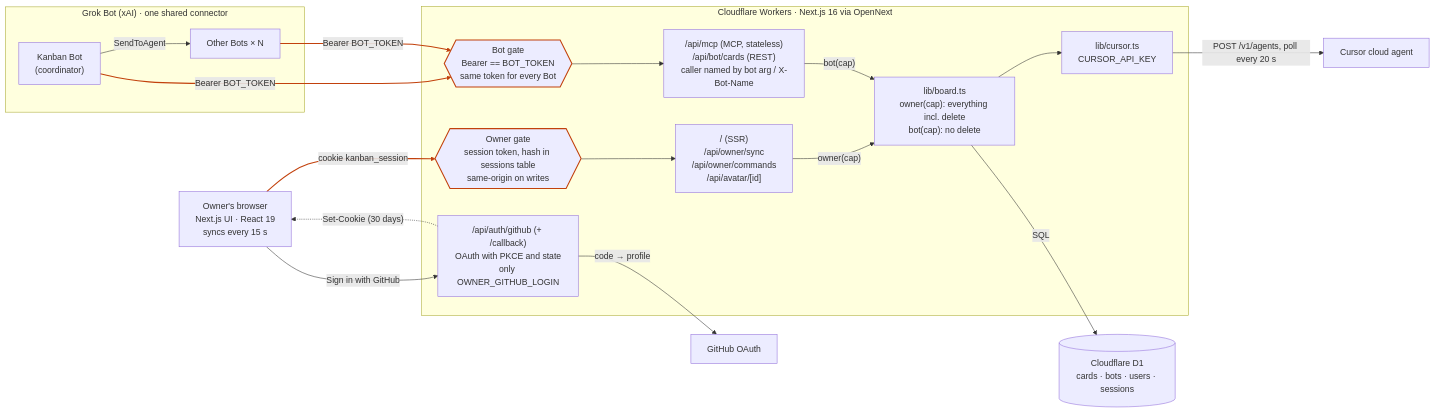
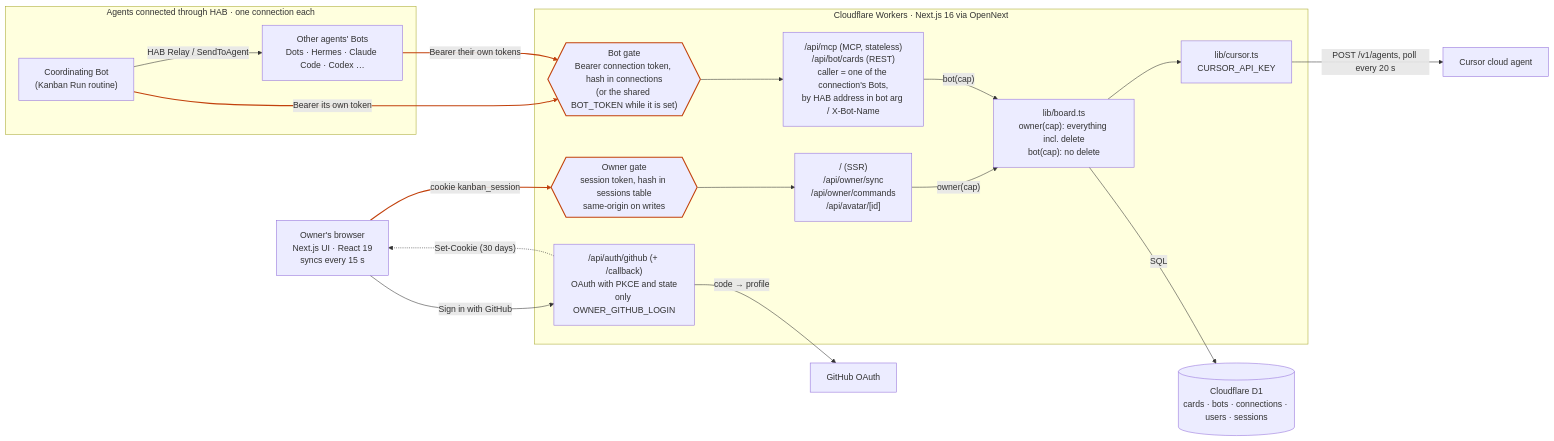
The first of 2 diagrams in docs/architecture.md (s-hiraoku/hab-kanban), drawn with Mermaid before and after one commit. The commit also changed other lines of this file and 7 other files, not shown here.

First line of the commit message:
Manage connections on the board, with setup for each HAB agent

````diff
--- a/docs/architecture.md
+++ b/docs/architecture.md
@@ -7,38 +7,38 @@
 ```mermaid
 flowchart LR
     browser["Owner's browser<br/>Next.js UI · React 19<br/>syncs every 15 s"]
-    subgraph grok["Grok Bot (xAI) · one shared connector"]
-        kanbanBot["Kanban Bot<br/>(coordinator)"]
-        otherBots["Other Bots × N"]
-        kanbanBot -- SendToAgent --> otherBots
+    subgraph agents["Agents connected through HAB · one connection each"]
+        kanbanBot["Coordinating Bot<br/>(Kanban Run routine)"]
+        otherBots["Other agents' Bots<br/>Dots · Hermes · Claude Code · Codex …"]
+        kanbanBot -- "HAB Relay / SendToAgent" --> otherBots
     end
 
     subgraph cf["Cloudflare Workers · Next.js 16 via OpenNext"]
         login["/api/auth/github (+ /callback)<br/>OAuth with PKCE and state<br/>only OWNER_GITHUB_LOGIN"]
         ownerGate{{"Owner gate<br/>session token, hash in sessions table<br/>same-origin on writes"}}
         ownerRoutes["/ (SSR)<br/>/api/owner/sync<br/>/api/owner/commands<br/>/api/avatar/[id]"]
-        botGate{{"Bot gate<br/>Bearer == BOT_TOKEN<br/>same token for every Bot"}}
-        botRoutes["/api/mcp (MCP, stateless)<br/>/api/bot/cards (REST)<br/>caller named by bot arg / X-Bot-Name"]
+        botGate{{"Bot gate<br/>Bearer connection token, hash in connections<br/>(or the shared BOT_TOKEN while it is set)"}}
+        botRoutes["/api/mcp (MCP, stateless)<br/>/api/bot/cards (REST)<br/>caller = one of the connection's Bots,<br/>by HAB address in bot arg / X-Bot-Name"]
         board["lib/board.ts<br/>owner(cap): everything incl. delete<br/>bot(cap): no delete"]
         cursorClient["lib/cursor.ts<br/>CURSOR_API_KEY"]
     end
 
-    d1[("Cloudflare D1<br/>cards · bots · users · sessions")]
+    d1[("Cloudflare D1<br/>cards · bots · connections · users · sessions")]
     github["GitHub OAuth"]
     cursorAgent["Cursor cloud agent"]
 
     browser -- "Sign in with GitHub" --> login
     login -. "Set-Cookie (30 days)" .-> browser
     browser == "cookie kanban_session" ==> ownerGate
     ownerGate --> ownerRoutes -- "owner(cap)" --> board
-    kanbanBot == "Bearer BOT_TOKEN" ==> botGate
-    otherBots == "Bearer BOT_TOKEN" ==> botGate
+    kanbanBot == "Bearer its own token" ==> botGate
+    otherBots == "Bearer their own tokens" ==> botGate
     botGate --> botRoutes -- "bot(cap)" --> board
     board -- SQL --> d1
     board --> cursorClient -- "POST /v1/agents, poll every 20 s" --> cursorAgent
     login -- "code → profile" --> github
 
     classDef gate stroke:#c2410c,stroke-width:2px
     class ownerGate,botGate gate
     linkStyle 3,6,7 stroke:#c2410c,stroke-width:2px
 ```
````
